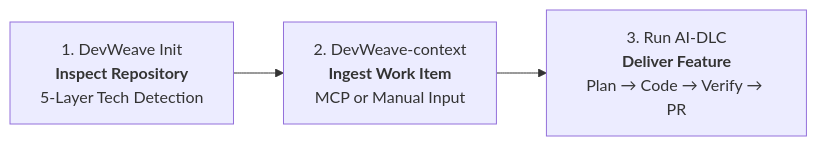
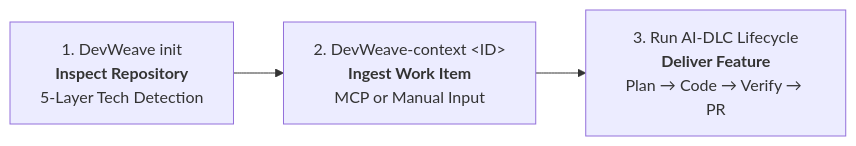
Before and after one commit to paarthivnaik/DevWeave: the fourth of 12 diagrams in docs/getting-started.md, drawn with Mermaid. The commit also changed other lines of this file, not shown here.

````diff
--- a/docs/getting-started.md
+++ b/docs/getting-started.md
@@ -67,5 +101,5 @@
 ```mermaid
 flowchart LR
-    S1["1. DevWeave Init<br><b>Inspect Repository</b><br>5-Layer Tech Detection"] --> S2["2. DevWeave-context<br><b>Ingest Work Item</b><br>MCP or Manual Input"]
-    S2 --> S3["3. Run AI-DLC<br><b>Deliver Feature</b><br>Plan → Code → Verify → PR"]
+    S1["1. DevWeave init<br><b>Inspect Repository</b><br>5-Layer Tech Detection"] --> S2["2. DevWeave-context &lt;ID&gt;<br><b>Ingest Work Item</b><br>MCP or Manual Input"]
+    S2 --> S3["3. Run AI-DLC Lifecycle<br><b>Deliver Feature</b><br>Plan → Code → Verify → PR"]
 ```
````
